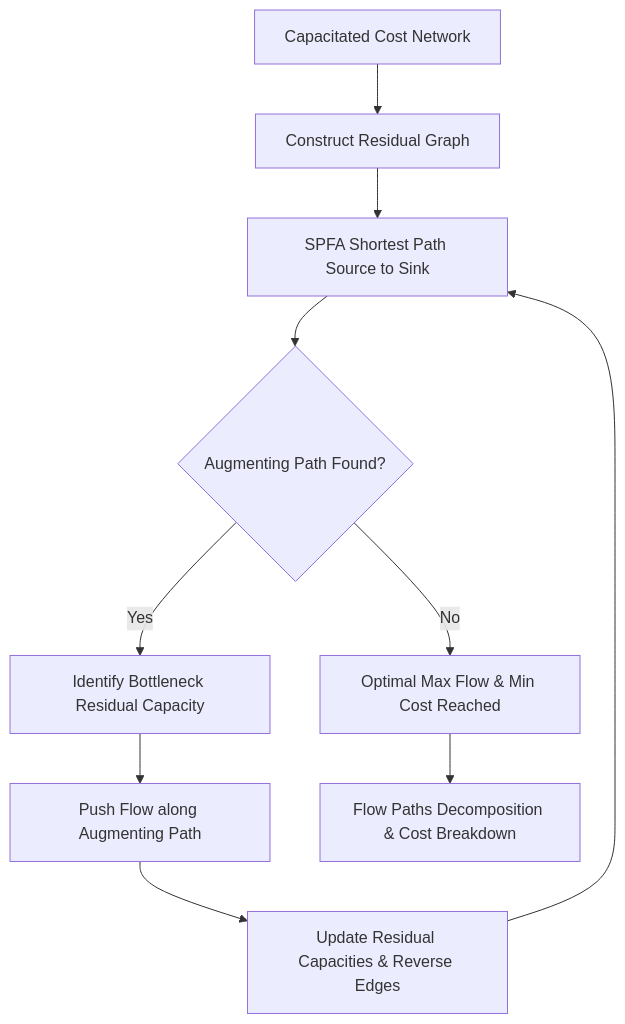
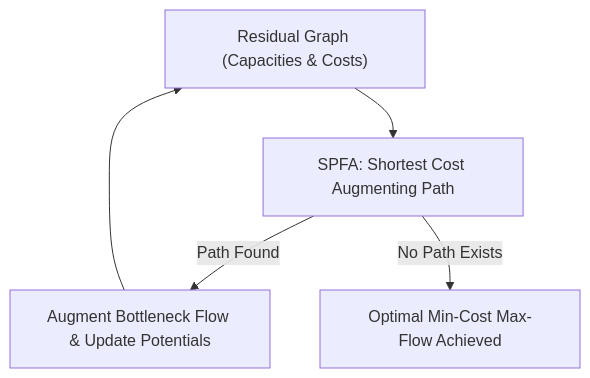
One commit to alphaparkinc/genpark-min-cost-max-flow-successive-shortest-path-skill changed the diagram in README.md. Above: the diagram before and after it, drawn with Mermaid. The commit also changed other lines of this file, not shown here.

Commit message:
docs: add architecture documentation

````diff
--- a/README.md
+++ b/README.md
@@ -15,12 +12,7 @@
 ```mermaid
 graph TD
-    A[Capacitated Cost Network] --> B[Construct Residual Graph]
-    B --> C[SPFA Shortest Path Source to Sink]
-    C --> D{Augmenting Path Found?}
-    D -->|No| E[Optimal Max Flow & Min Cost Reached]
-    D -->|Yes| F[Identify Bottleneck Residual Capacity]
-    F --> G[Push Flow along Augmenting Path]
-    G --> H[Update Residual Capacities & Reverse Edges]
-    H --> C
-    E --> I[Flow Paths Decomposition & Cost Breakdown]
+    Residual["Residual Graph (Capacities & Costs)"] --> SPFA["SPFA: Shortest Cost Augmenting Path"]
+    SPFA -- Path Found --> Augment["Augment Bottleneck Flow & Update Potentials"]
+    Augment --> Residual
+    SPFA -- No Path Exists --> Termination["Optimal Min-Cost Max-Flow Achieved"]
 ```
````
